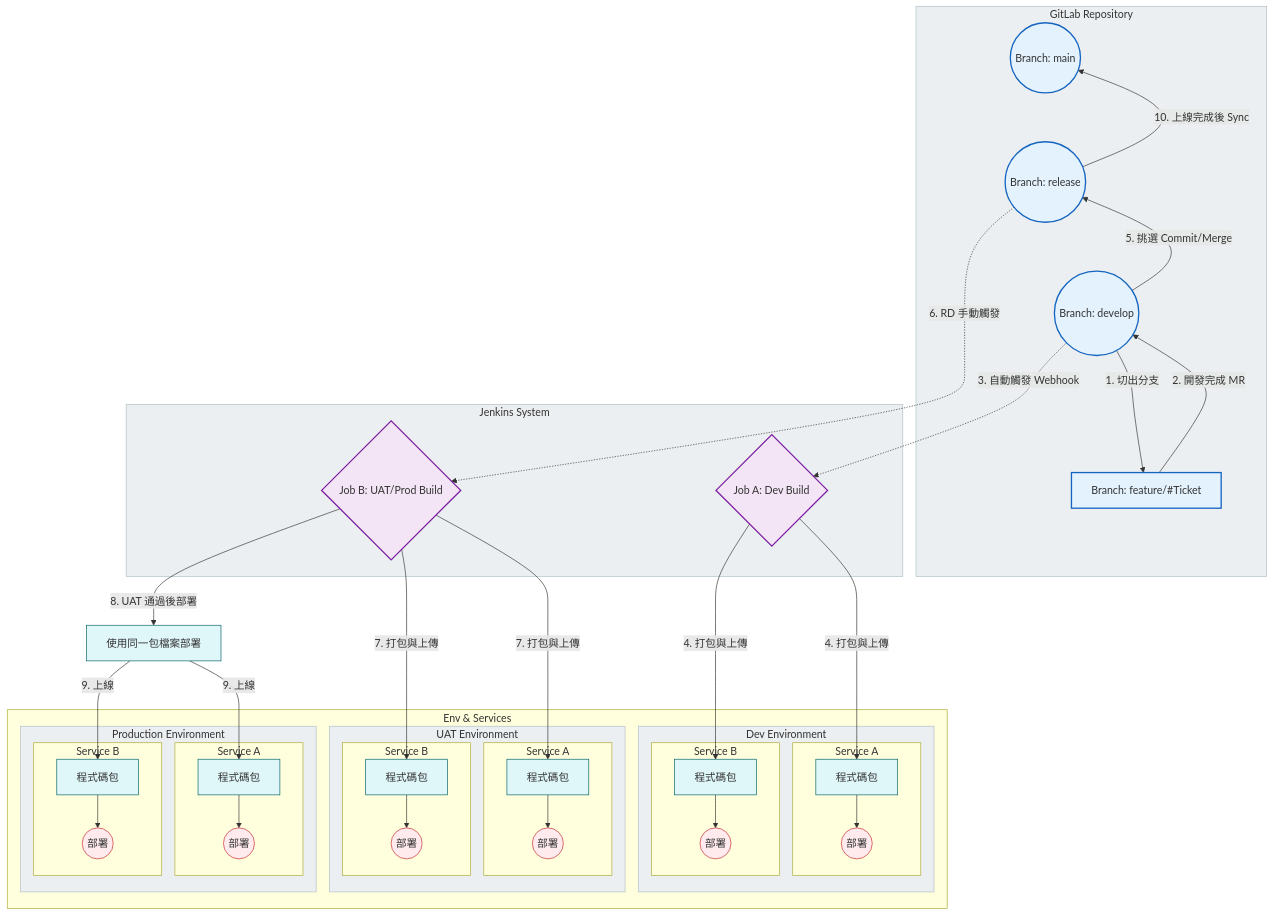
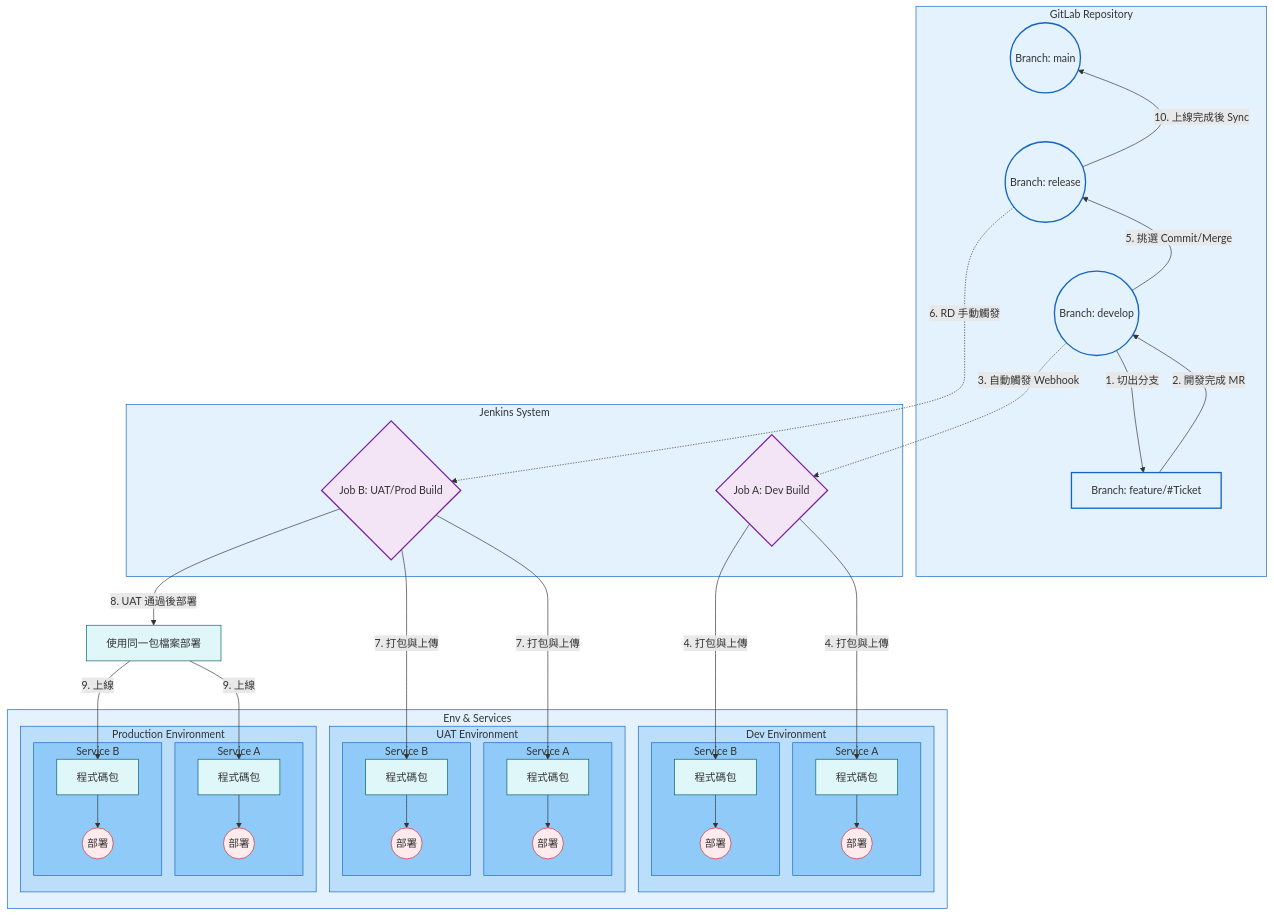
Before and after one commit to almightyken0425/KnowledgeVault: the second of 2 diagrams in SIT/ReleaseWorkFlow.md, drawn with Mermaid.

````diff
--- a/SIT/ReleaseWorkFlow.md
+++ b/SIT/ReleaseWorkFlow.md
@@ -127,9 +127,21 @@
     Release -->|10. 上線完成後 Sync| Main
 
     %% Subgraph Styles
-    style Git_Repo fill:#ECEFF1,stroke:#B0BEC5,stroke-width:1px
-    style CI_CD fill:#ECEFF1,stroke:#B0BEC5,stroke-width:1px
-    style DevEnv fill:#ECEFF1,stroke:#B0BEC5,stroke-width:1px
-    style UATEnv fill:#ECEFF1,stroke:#B0BEC5,stroke-width:1px
-    style ProdEnv fill:#ECEFF1,stroke:#B0BEC5,stroke-width:1px
+    %% Level 1: Lightest Blue
+    style Git_Repo fill:#E3F2FD,stroke:#1565C0,stroke-width:1px
+    style CI_CD fill:#E3F2FD,stroke:#1565C0,stroke-width:1px
+    style Environments fill:#E3F2FD,stroke:#1565C0,stroke-width:1px
+
+    %% Level 2: Medium Blue
+    style DevEnv fill:#BBDEFB,stroke:#1565C0,stroke-width:1px
+    style UATEnv fill:#BBDEFB,stroke:#1565C0,stroke-width:1px
+    style ProdEnv fill:#BBDEFB,stroke:#1565C0,stroke-width:1px
+
+    %% Level 3: Darkest Blue
+    style DevServiceA fill:#90CAF9,stroke:#1565C0,stroke-width:1px
+    style DevServiceB fill:#90CAF9,stroke:#1565C0,stroke-width:1px
+    style UATServiceA fill:#90CAF9,stroke:#1565C0,stroke-width:1px
+    style UATServiceB fill:#90CAF9,stroke:#1565C0,stroke-width:1px
+    style ProdServiceA fill:#90CAF9,stroke:#1565C0,stroke-width:1px
+    style ProdServiceB fill:#90CAF9,stroke:#1565C0,stroke-width:1px
 ```
````
